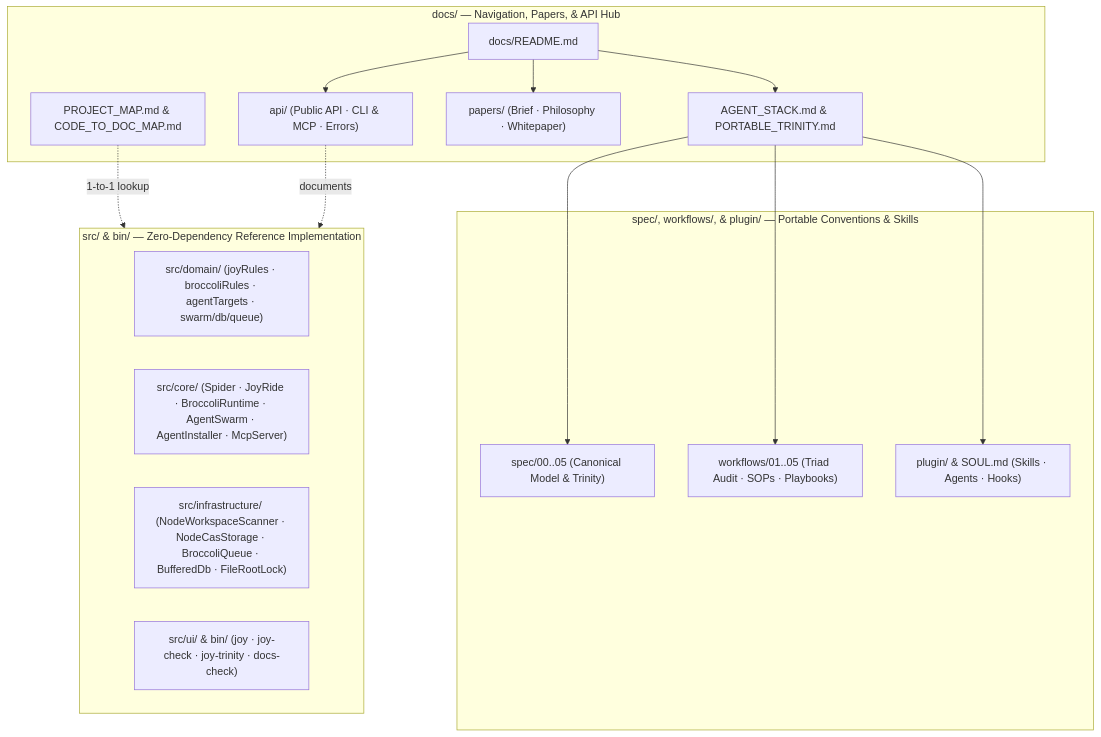
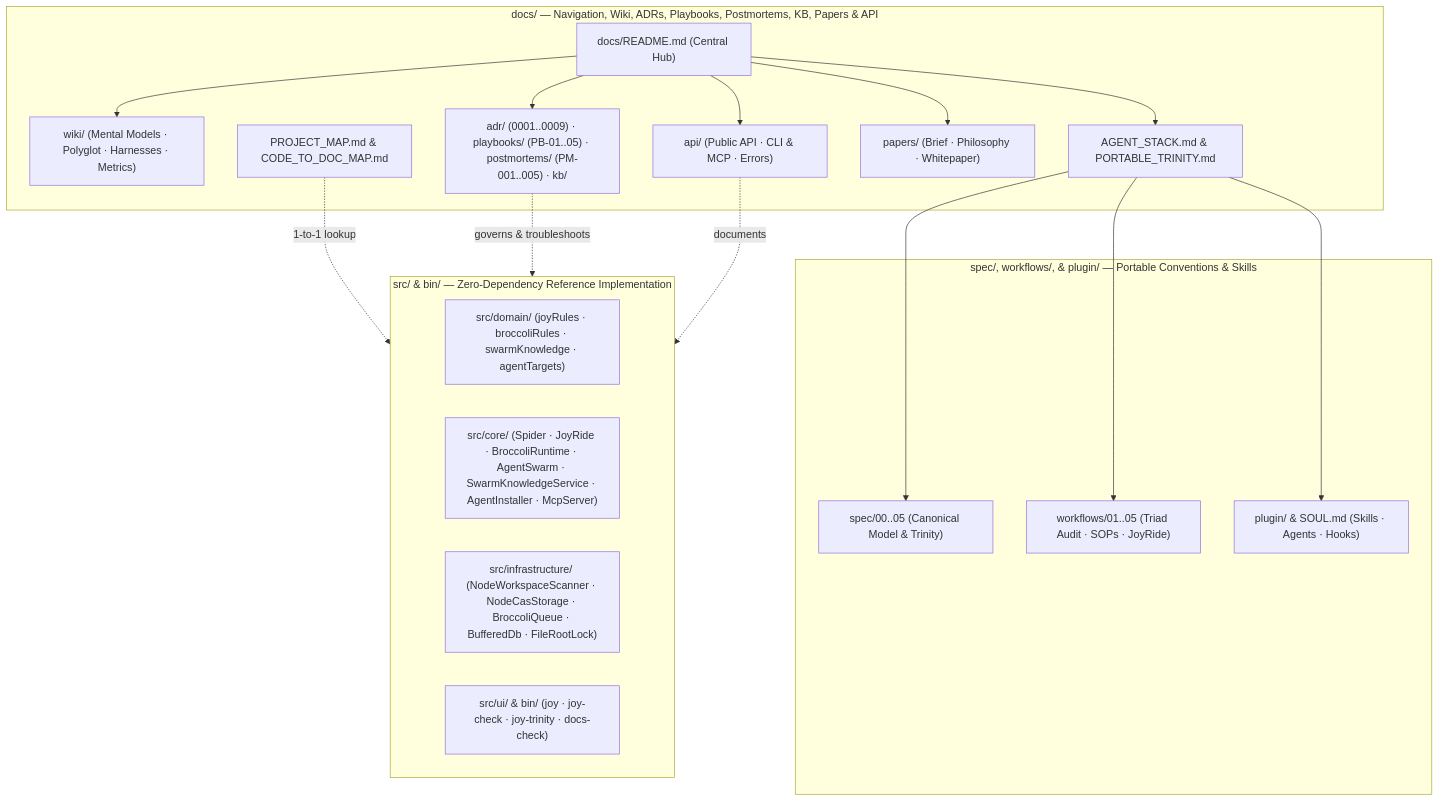
The diagram in docs/README.md (CardSorting/HEAV3NS-JOY), drawn with Mermaid before and after one commit. The commit also changed other lines of this file and 55 other files, not shown here.

First line of the commit message:
docs/feat: add ADRs, playbooks, wiki, postmortems, KB & knowledge-based handling

````diff
--- a/docs/README.md
+++ b/docs/README.md
@@ -64,29 +90,34 @@
 ```mermaid
 flowchart TB
-  subgraph docs ["docs/ — Navigation, Papers, & API Hub"]
-    README["docs/README.md"]
+  subgraph docs ["docs/ — Navigation, Wiki, ADRs, Playbooks, Postmortems, KB, Papers & API"]
+    README["docs/README.md (Central Hub)"]
+    WIKI["wiki/ (Mental Models · Polyglot · Harnesses · Metrics)"]
+    MEM["adr/ (0001..0009) · playbooks/ (PB-01..05) · postmortems/ (PM-001..005) · kb/"]
     STACK["AGENT_STACK.md & PORTABLE_TRINITY.md"]
     MAP["PROJECT_MAP.md & CODE_TO_DOC_MAP.md"]
     PAP["papers/ (Brief · Philosophy · Whitepaper)"]
     API["api/ (Public API · CLI & MCP · Errors)"]
   end
   subgraph conventions ["spec/, workflows/, & plugin/ — Portable Conventions & Skills"]
     SPEC["spec/00..05 (Canonical Model & Trinity)"]
-    WF["workflows/01..05 (Triad Audit · SOPs · Playbooks)"]
+    WF["workflows/01..05 (Triad Audit · SOPs · JoyRide)"]
     PLUG["plugin/ & SOUL.md (Skills · Agents · Hooks)"]
   end
   subgraph code ["src/ & bin/ — Zero-Dependency Reference Implementation"]
-    DOM["src/domain/ (joyRules · broccoliRules · agentTargets · swarm/db/queue)"]
-    CORE["src/core/ (Spider · JoyRide · BroccoliRuntime · AgentSwarm · AgentInstaller · McpServer)"]
+    DOM["src/domain/ (joyRules · broccoliRules · swarmKnowledge · agentTargets)"]
+    CORE["src/core/ (Spider · JoyRide · BroccoliRuntime · AgentSwarm · SwarmKnowledgeService · AgentInstaller · McpServer)"]
     INFRA["src/infrastructure/ (NodeWorkspaceScanner · NodeCasStorage · BroccoliQueue · BufferedDb · FileRootLock)"]
     UI["src/ui/ & bin/ (joy · joy-check · joy-trinity · docs-check)"]
   end
+  README --> WIKI
+  README --> MEM
   README --> STACK
   README --> PAP
   README --> API
   STACK --> SPEC
   STACK --> WF
   STACK --> PLUG
   MAP -.->|1-to-1 lookup| code
+  MEM -.->|governs & troubleshoots| code
   API -.->|documents| code
 ```
````
